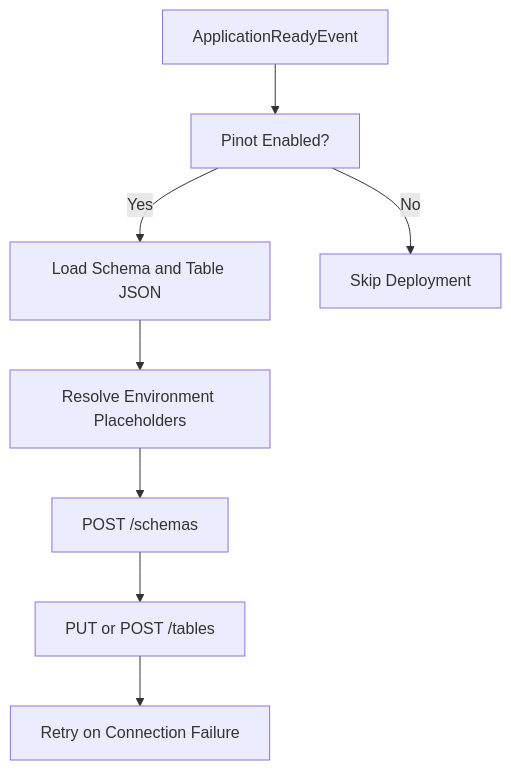
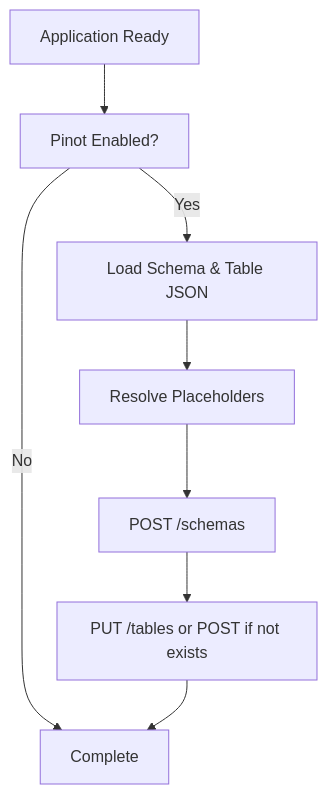
Before and after one commit to flamingo-stack/openframe-oss-lib: the second of 5 diagrams in docs/reference/architecture/management-service-core/management-service-core.md, drawn with Mermaid. The commit also changed other lines of this file and 212 other files, not shown here.

````diff
--- a/docs/reference/architecture/management-service-core/management-service-core.md
+++ b/docs/reference/architecture/management-service-core/management-service-core.md
@@ -136,10 +119,10 @@
 ```mermaid
 flowchart TD
-    Ready["ApplicationReadyEvent"] --> CheckEnabled["Pinot Enabled?"]
-    CheckEnabled -->|"Yes"| LoadFiles["Load Schema and Table JSON"]
-    LoadFiles --> Resolve["Resolve Environment Placeholders"]
+    Start["Application Ready"] --> Check["Pinot Enabled?"]
+    Check -->|"No"| End["Skip"]
+    Check -->|"Yes"| Load["Load Schema & Table JSON"]
+    Load --> Resolve["Resolve Placeholders"]
     Resolve --> DeploySchema["POST /schemas"]
-    DeploySchema --> DeployTable["PUT or POST /tables"]
-    DeployTable --> RetryLogic["Retry on Connection Failure"]
-    CheckEnabled -->|"No"| End["Skip Deployment"]
+    DeploySchema --> DeployTable["PUT /tables or POST if not exists"]
+    DeployTable --> End["Complete"]
 ```
````
